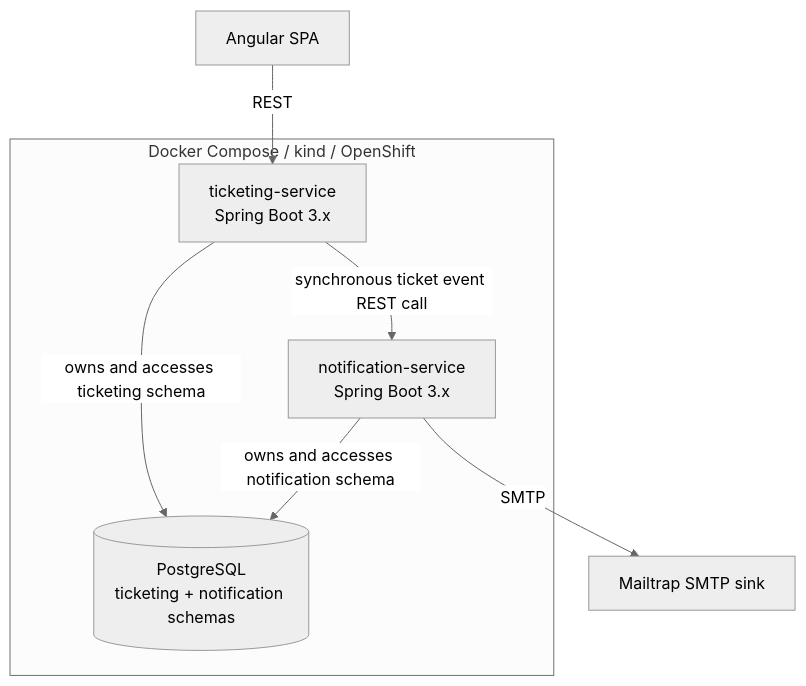
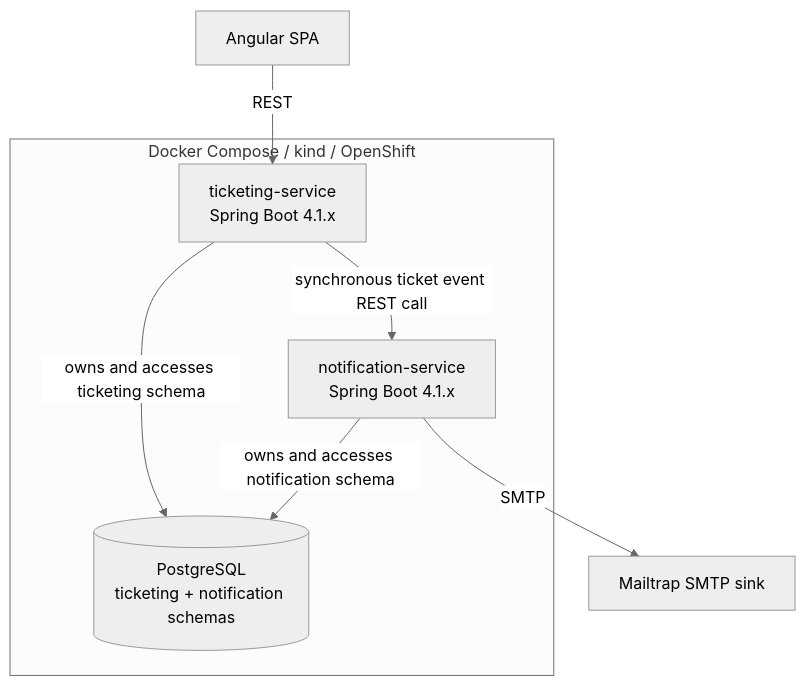
The first of 3 diagrams in docs/architecture.md (fnChooseUserName/ServiceDesk), drawn with Mermaid (neutral theme) before and after one commit. The commit also changed other lines of this file and 57 other files, not shown here.

````diff
--- a/docs/architecture.md
+++ b/docs/architecture.md
@@ -13,18 +13,18 @@
 ```mermaid
 flowchart TB
     FE[Angular SPA]
 
     subgraph Runtime["Docker Compose / kind / OpenShift"]
-        TS[ticketing-service<br/>Spring Boot 3.x]
-        NS[notification-service<br/>Spring Boot 3.x]
+        TS[ticketing-service<br/>Spring Boot 4.1.x]
+        NS[notification-service<br/>Spring Boot 4.1.x]
         DB[(PostgreSQL<br/>ticketing + notification schemas)]
     end
 
     MT[Mailtrap SMTP sink]
 
     FE -->|REST| TS
     TS -->|owns and accesses ticketing schema| DB
     NS -->|owns and accesses notification schema| DB
     TS -->|synchronous ticket event REST call| NS
     NS -->|SMTP| MT
 ```
````
